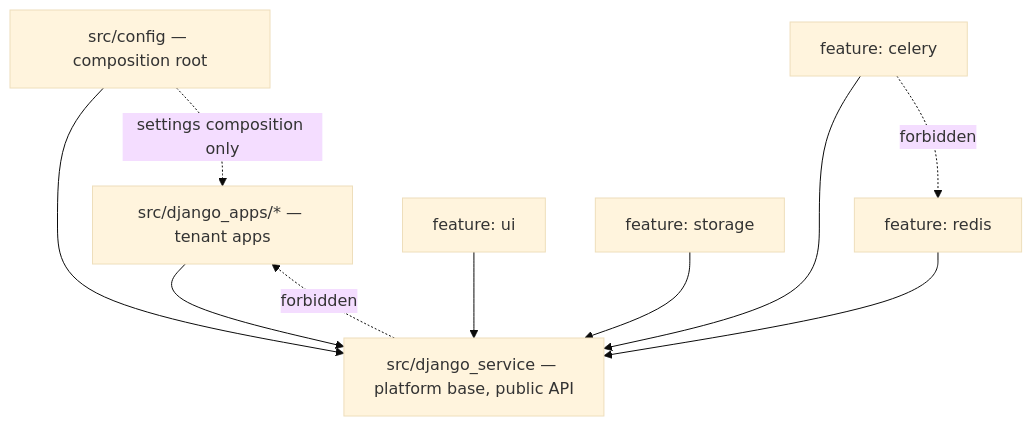
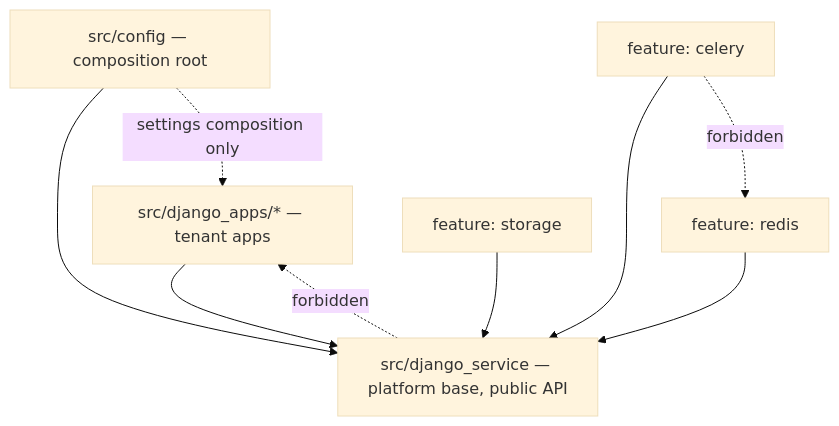
Before and after one commit to millsks/django-15-factor-base: the first of 3 diagrams in _bmad-output/planning-artifacts/architecture/architecture-django-15-factor-base-2026-08-15/ARCHITECTURE-SPINE.md, drawn with Mermaid (base theme). The commit also changed other lines of this file, not shown here.

````diff
--- a/_bmad-output/planning-artifacts/architecture/architecture-django-15-factor-base-2026-08-15/ARCHITECTURE-SPINE.md
+++ b/_bmad-output/planning-artifacts/architecture/architecture-django-15-factor-base-2026-08-15/ARCHITECTURE-SPINE.md
@@ -68,20 +70,18 @@
 ```mermaid
 graph TD
   T["src/django_apps/* — tenant apps"]
   B["src/django_service — platform base, public API"]
   C["src/config — composition root"]
   F1["feature: celery"]
   F2["feature: redis"]
-  F3["feature: ui"]
-  F4["feature: storage"]
+  F3["feature: storage"]
 
   T --> B
   C --> B
   C -.->|settings composition only| T
   F1 --> B
   F2 --> B
   F3 --> B
-  F4 --> B
   B -.->|forbidden| T
   F1 -.->|forbidden| F2
 ```
````
